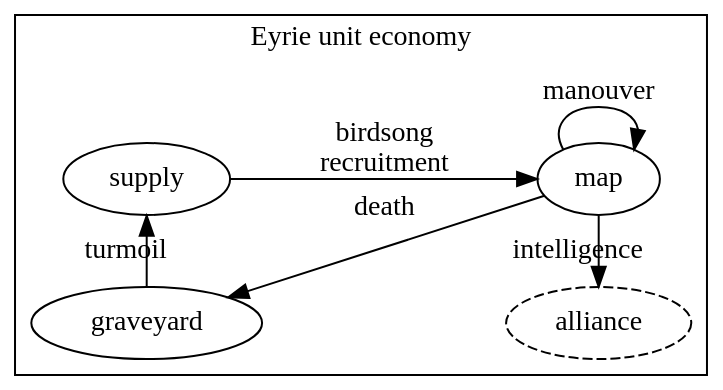
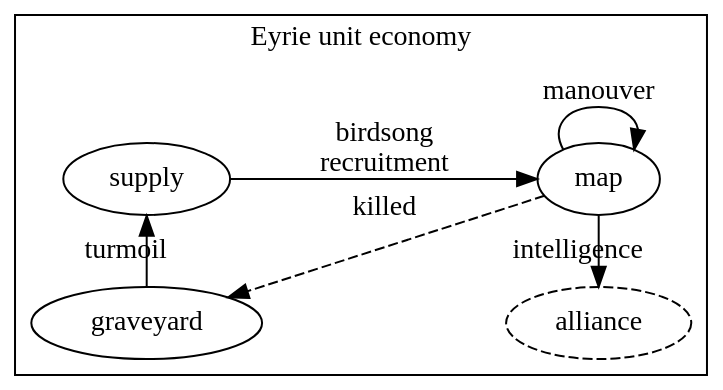
Before and after one commit to krawaller/root: the diagram in diagrams/eyrie-units.dot, drawn with Graphviz. The commit also changed 7 other files, not shown here.

```diff
--- a/diagrams/eyrie-units.dot
+++ b/diagrams/eyrie-units.dot
@@ -1,26 +1,26 @@
 digraph {
   rankdir = LR;
   bgcolor = transparent;
 
   subgraph cluster_eyrieunits {
 
     label = "Eyrie unit economy"
 
     graveyard -> supply [label="turmoil"]
 
     supply -> map [label="birdsong\nrecruitment"]
 
-    map -> graveyard [label="death"]
+    map -> graveyard [label="killed" style=dashed]
 
     map -> map [label="manouver"]
 
     alliance [style="dashed"]
 
     map -> alliance [label="intelligence"]
 
     alliance -> graveyard [color=transparent]
 
     {rank=same; graveyard, supply}
     {rank=same; map, alliance}
   }
 }
```
